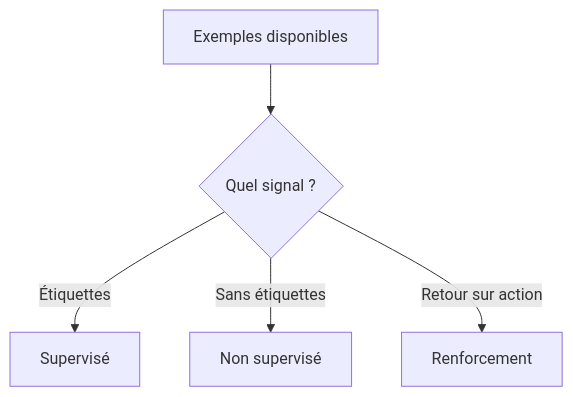
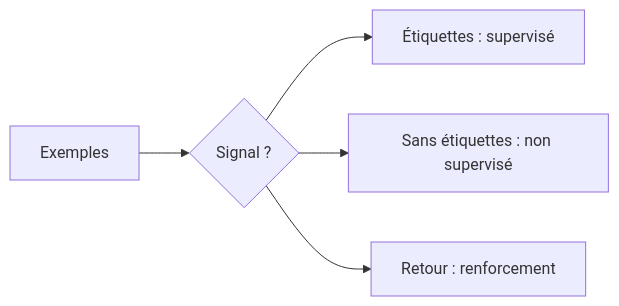
Before and after one commit to Ange230700/ibm-ai-foundations-for-everyone-notes: the diagram in teaching/visuals/s01/fr/learning.mmd, drawn with Mermaid. The commit also changed 54 other files, not shown here.

Commit message:
fix(presentations): improve teaching diagram legibility

```diff
--- a/teaching/visuals/s01/fr/learning.mmd
+++ b/teaching/visuals/s01/fr/learning.mmd
@@ -1,5 +1,5 @@
-flowchart TB
- A["Exemples disponibles"] --> B{"Quel signal ?"}
- B -->|Étiquettes| C["Supervisé"]
- B -->|Sans étiquettes| D["Non supervisé"]
- B -->|Retour sur action| E["Renforcement"]
+flowchart LR
+ A["Exemples"] --> B{"Signal ?"}
+ B --> C["Étiquettes : supervisé"]
+ B --> D["Sans étiquettes : non supervisé"]
+ B --> E["Retour : renforcement"]
```
